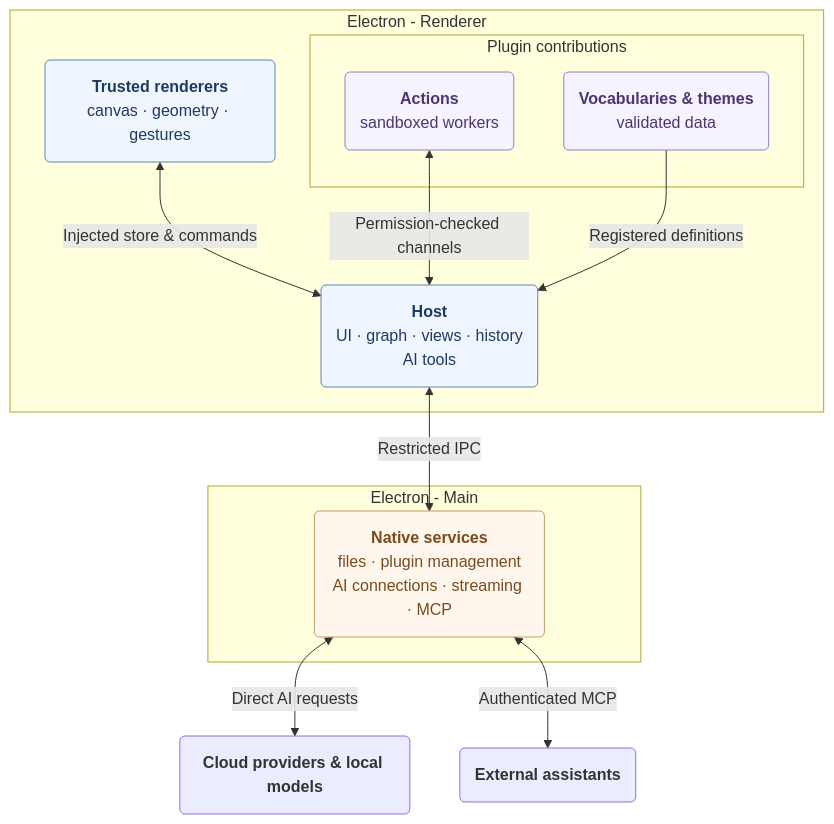
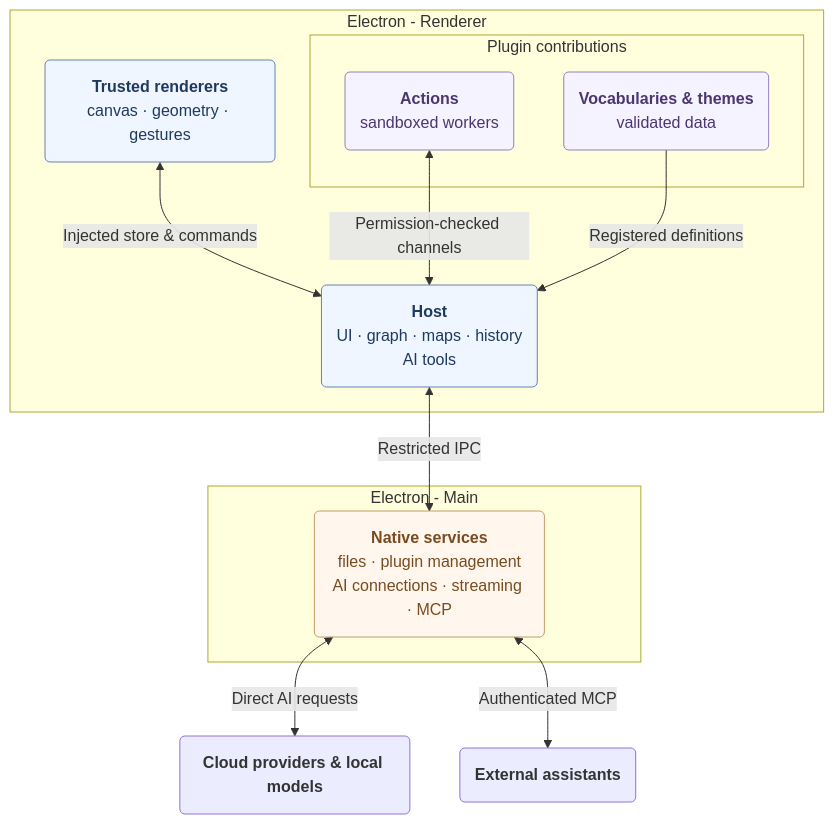
One commit to nesso-how/nesso changed the diagram in README.md. Above: the diagram before and after it, drawn with Mermaid. The commit also changed other lines of this file and 192 other files, not shown here.

First line of the commit message:
refactor!: rename views to maps and the overview to graph (#382)

````diff
--- a/README.md
+++ b/README.md
@@ -46,31 +46,31 @@
 ```mermaid
 flowchart TB
   subgraph RendererProcess["Electron - Renderer"]
     Canvas("<b>Trusted renderers</b><br/>canvas · geometry · gestures")
-    Host("<b>Host</b><br/>UI · graph · views · history<br/>AI tools")
+    Host("<b>Host</b><br/>UI · graph · maps · history<br/>AI tools")
 
     subgraph Plugins["Plugin contributions"]
       Actions("<b>Actions</b><br/>sandboxed workers")
       Definitions("<b>Vocabularies & themes</b><br/>validated data")
     end
 
     Canvas <-->|Injected store & commands| Host
     Actions <-->|Permission-checked channels| Host
     Definitions -->|Registered definitions| Host
   end
 
   subgraph MainProcess["Electron - Main"]
     Desktop("<b>Native services</b><br/>files · plugin management<br/>AI connections · streaming · MCP")
   end
 
   Host <-->|Restricted IPC| Desktop
   Desktop <-->|Direct AI requests| Models("<b>Cloud providers & local models</b>")
   Desktop <-->|Authenticated MCP| Assistants("<b>External assistants</b>")
 
   classDef core fill:#eff6ff,stroke:#6082b6,color:#1e3a5f
   classDef extension fill:#f5f3ff,stroke:#9380b8,color:#4c3670
   classDef desktop fill:#fff7ed,stroke:#c49a64,color:#784b20
   class Canvas,Host core
   class Actions,Definitions extension
   class Desktop desktop
 ```
````
